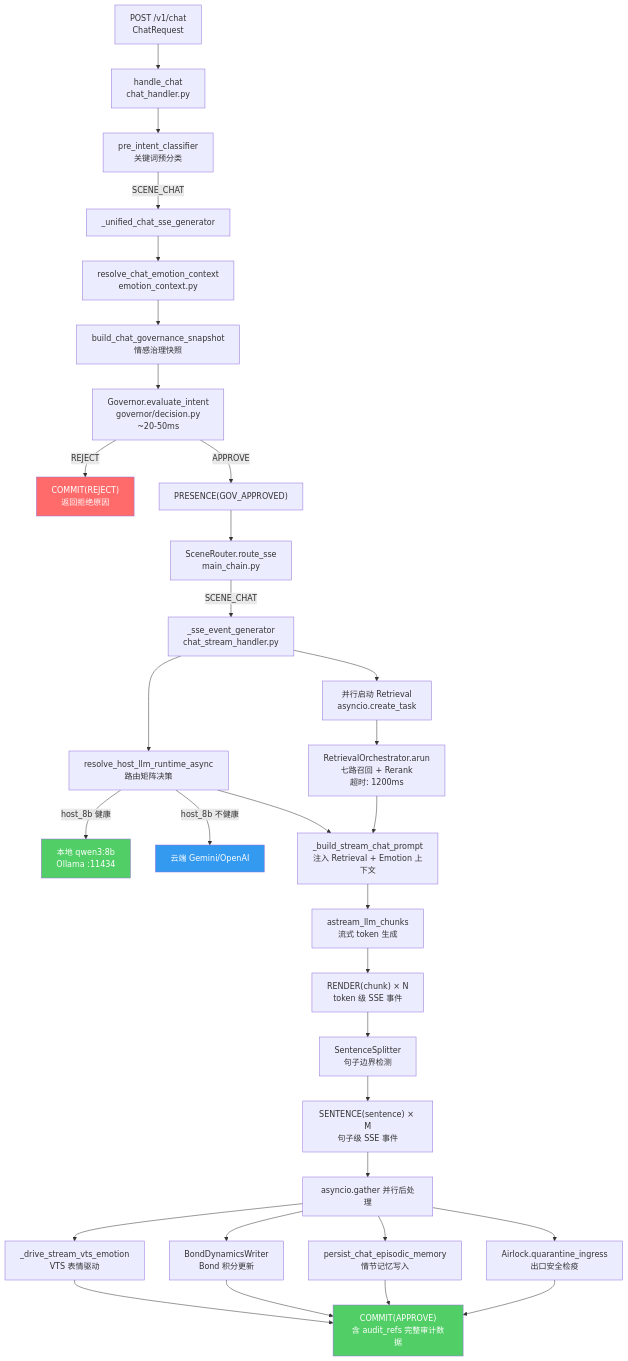
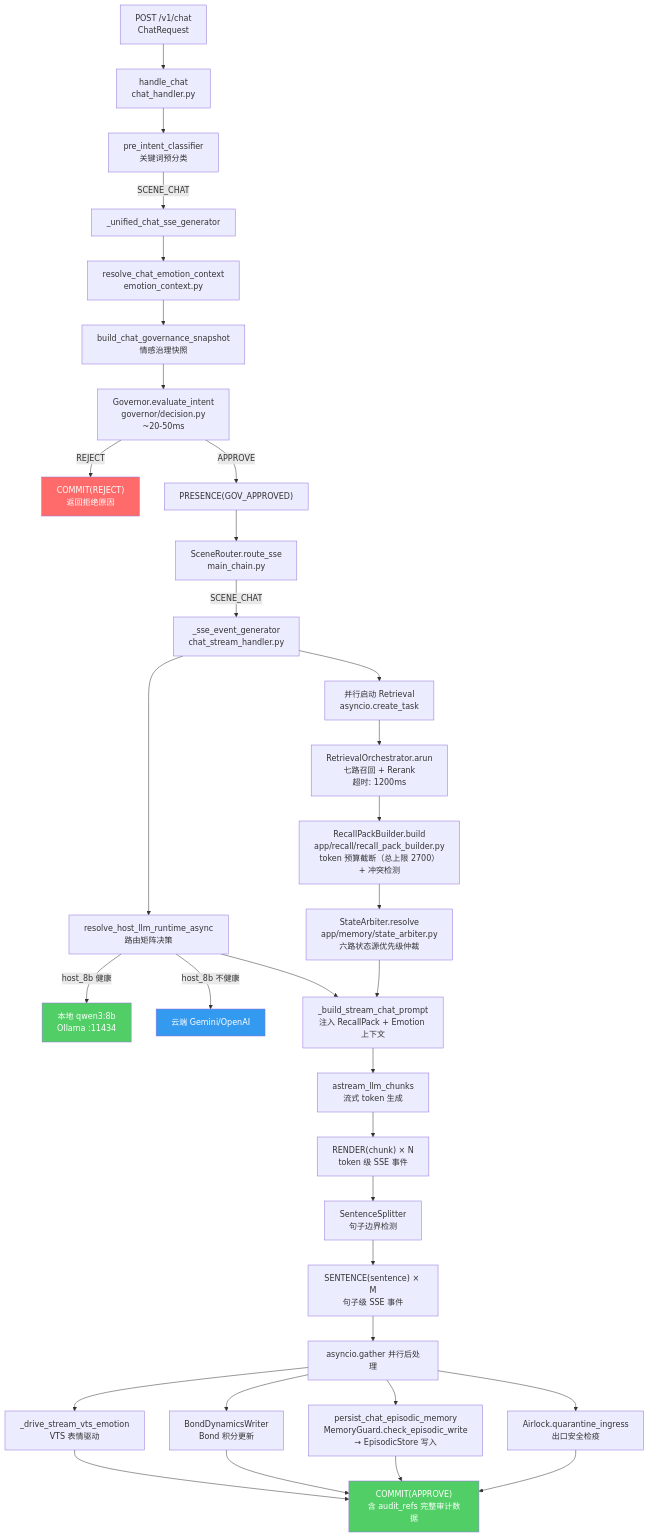
Before and after one commit to SakuraYoruno/Natsume_Ai: the fifth of 26 diagrams in docs/50_project/dataflow_report_20260311.md, drawn with Mermaid. The commit also changed other lines of this file and 1 other file, not shown here.

First line of the commit message:
docs: 同步代码重构后的数据流图文档更新

````diff
--- a/docs/50_project/dataflow_report_20260311.md
+++ b/docs/50_project/dataflow_report_20260311.md
@@ -200,44 +211,46 @@
 ```mermaid
 flowchart TD
     A["POST /v1/chat\nChatRequest"] --> B["handle_chat\nchat_handler.py"]
     B --> C["pre_intent_classifier\n关键词预分类"]
     C -->|"SCENE_CHAT"| D["_unified_chat_sse_generator"]
 
     D --> E["resolve_chat_emotion_context\nemotion_context.py"]
     E --> F["build_chat_governance_snapshot\n情感治理快照"]
     F --> G["Governor.evaluate_intent\ngovernor/decision.py\n~20-50ms"]
 
     G -->|"REJECT"| G1["COMMIT(REJECT)\n返回拒绝原因"]
     G -->|"APPROVE"| H["PRESENCE(GOV_APPROVED)"]
 
     H --> I["SceneRouter.route_sse\nmain_chain.py"]
     I -->|"SCENE_CHAT"| J["_sse_event_generator\nchat_stream_handler.py"]
 
     J --> K["并行启动 Retrieval\nasyncio.create_task"]
     K --> L["RetrievalOrchestrator.arun\n七路召回 + Rerank\n超时: 1200ms"]
+    L --> L2["RecallPackBuilder.build\napp/recall/recall_pack_builder.py\ntoken 预算截断（总上限 2700）\n+ 冲突检测"]
+    L2 --> L3["StateArbiter.resolve\napp/memory/state_arbiter.py\n六路状态源优先级仲裁"]
 
     J --> M["resolve_host_llm_runtime_async\n路由矩阵决策"]
     M -->|"host_8b 健康"| M1["本地 qwen3:8b\nOllama :11434"]
     M -->|"host_8b 不健康"| M2["云端 Gemini/OpenAI"]
 
-    L --> N["_build_stream_chat_prompt\n注入 Retrieval + Emotion 上下文"]
+    L3 --> N["_build_stream_chat_prompt\n注入 RecallPack + Emotion 上下文"]
     M --> N
 
     N --> O["astream_llm_chunks\n流式 token 生成"]
     O --> P["RENDER(chunk) × N\ntoken 级 SSE 事件"]
     P --> Q["SentenceSplitter\n句子边界检测"]
     Q --> R["SENTENCE(sentence) × M\n句子级 SSE 事件"]
 
     R --> S["asyncio.gather 并行后处理"]
     S --> S1["Airlock.quarantine_ingress\n出口安全检疫"]
-    S --> S2["persist_chat_episodic_memory\n情节记忆写入"]
+    S --> S2["persist_chat_episodic_memory\nMemoryGuard.check_episodic_write\n→ EpisodicStore 写入"]
     S --> S3["BondDynamicsWriter\nBond 积分更新"]
     S --> S4["_drive_stream_vts_emotion\nVTS 表情驱动"]
 
     S1 & S2 & S3 & S4 --> T["COMMIT(APPROVE)\n含 audit_refs 完整审计数据"]
 
     style G1 fill:#ff6b6b,color:#fff
     style M1 fill:#51cf66,color:#fff
     style M2 fill:#339af0,color:#fff
     style T fill:#51cf66,color:#fff
 ```
````
